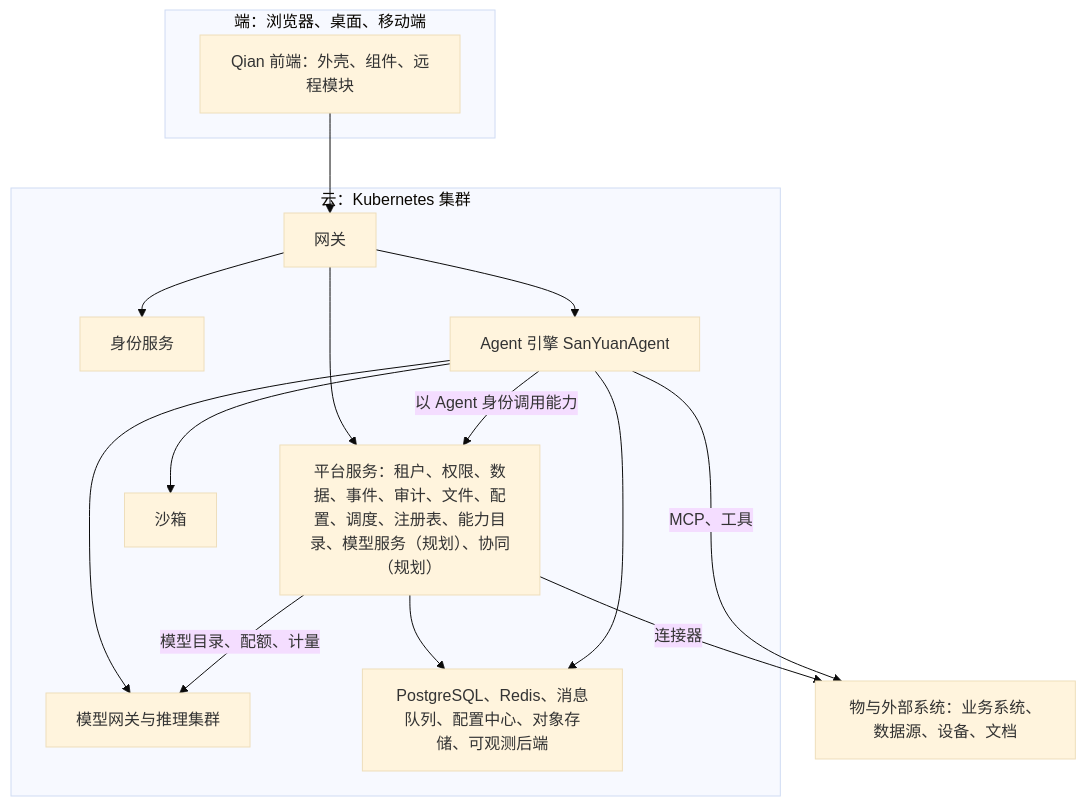
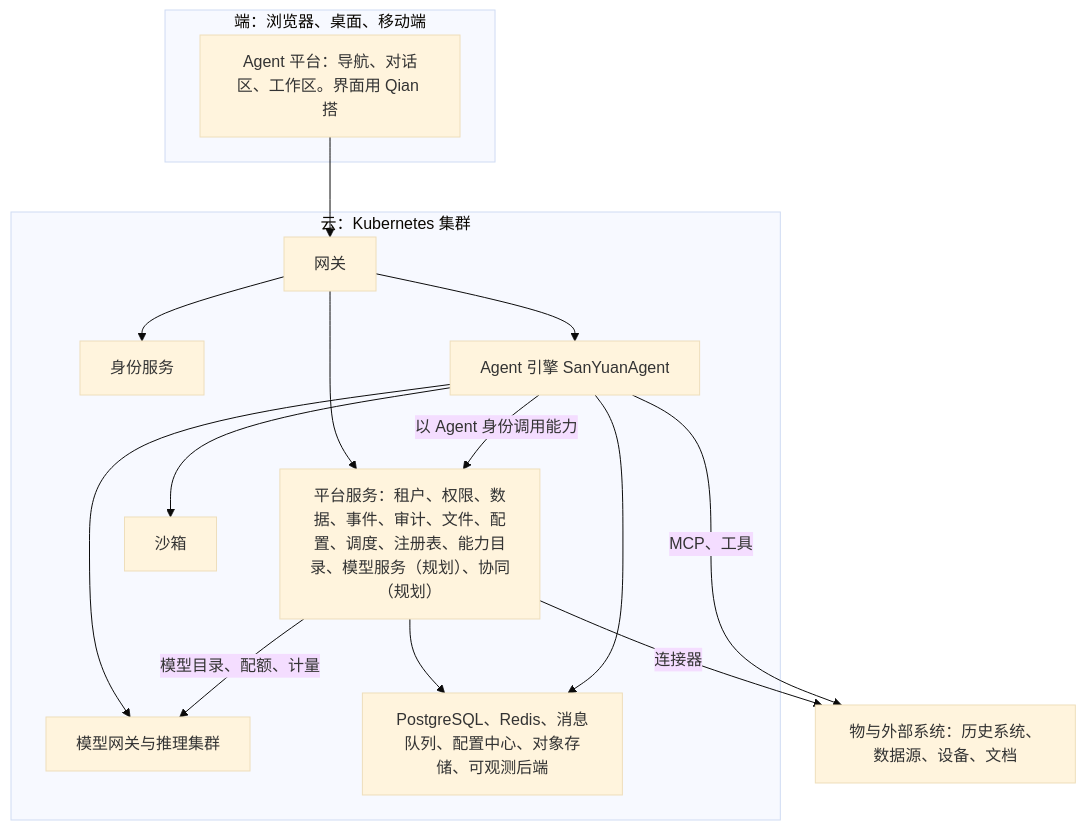
The first of 3 diagrams in docs/02-architecture.md (CavaiLAB/jiangxin), drawn with Mermaid (base theme) before and after one commit. The commit also changed other lines of this file and 21 other files, not shown here.

````diff
--- a/docs/02-architecture.md
+++ b/docs/02-architecture.md
@@ -7,29 +9,29 @@
 ```mermaid
 flowchart TB
   subgraph client["端：浏览器、桌面、移动端"]
-    UI["Qian 前端：外壳、组件、远程模块"]
+    UI["Agent 平台：导航、对话区、工作区。界面用 Qian 搭"]
   end
   subgraph cloud["云：Kubernetes 集群"]
     GW["网关"]
     ID["身份服务"]
     PF["平台服务：租户、权限、数据、事件、审计、文件、配置、调度、注册表、能力目录、模型服务（规划）、协同（规划）"]
     AG["Agent 引擎 SanYuanAgent"]
     SB["沙箱"]
     MG["模型网关与推理集群"]
     INF["PostgreSQL、Redis、消息队列、配置中心、对象存储、可观测后端"]
   end
-  EXT["物与外部系统：业务系统、数据源、设备、文档"]
+  EXT["物与外部系统：历史系统、数据源、设备、文档"]
 
   UI --> GW
   GW --> ID
   GW --> PF
   GW --> AG
   AG -->|"以 Agent 身份调用能力"| PF
   AG --> SB
   AG --> MG
   PF -->|"模型目录、配额、计量"| MG
   PF --> INF
   AG --> INF
   PF -->|"连接器"| EXT
   AG -->|"MCP、工具"| EXT
 ```
````
